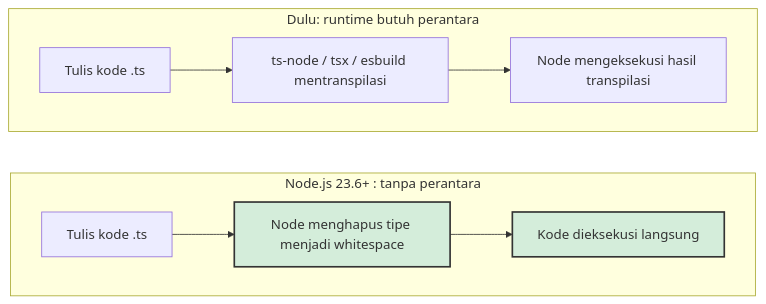
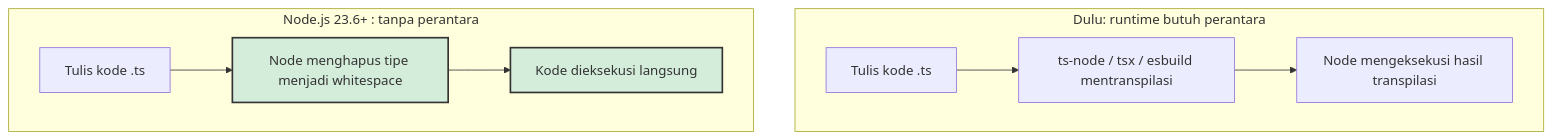
The first of 2 diagrams in public/contents/notebooks/26/08/31_01.md (dimasmds/dmds.dev), drawn with Mermaid before and after one commit.

Commit message:
content: hilangkan sintaks mermaid yang belum teruji

````diff
--- a/public/contents/notebooks/26/08/31_01.md
+++ b/public/contents/notebooks/26/08/31_01.md
@@ -89,14 +89,13 @@
 ```mermaid
 flowchart TB
     subgraph DULU["Dulu: runtime butuh perantara"]
         A1["Tulis kode .ts"] --> B1["ts-node / tsx / esbuild mentranspilasi"]
         B1 --> C1["Node mengeksekusi hasil transpilasi"]
     end
     subgraph KINI["Node.js 23.6+ : tanpa perantara"]
         A2["Tulis kode .ts"] --> B2["Node menghapus tipe menjadi whitespace"]
         B2 --> C2["Kode dieksekusi langsung"]
     end
-    DULU ~~~ KINI
     style B2 fill:#d4edda,stroke:#333,stroke-width:2px
     style C2 fill:#d4edda,stroke:#333,stroke-width:2px
 ```
````
